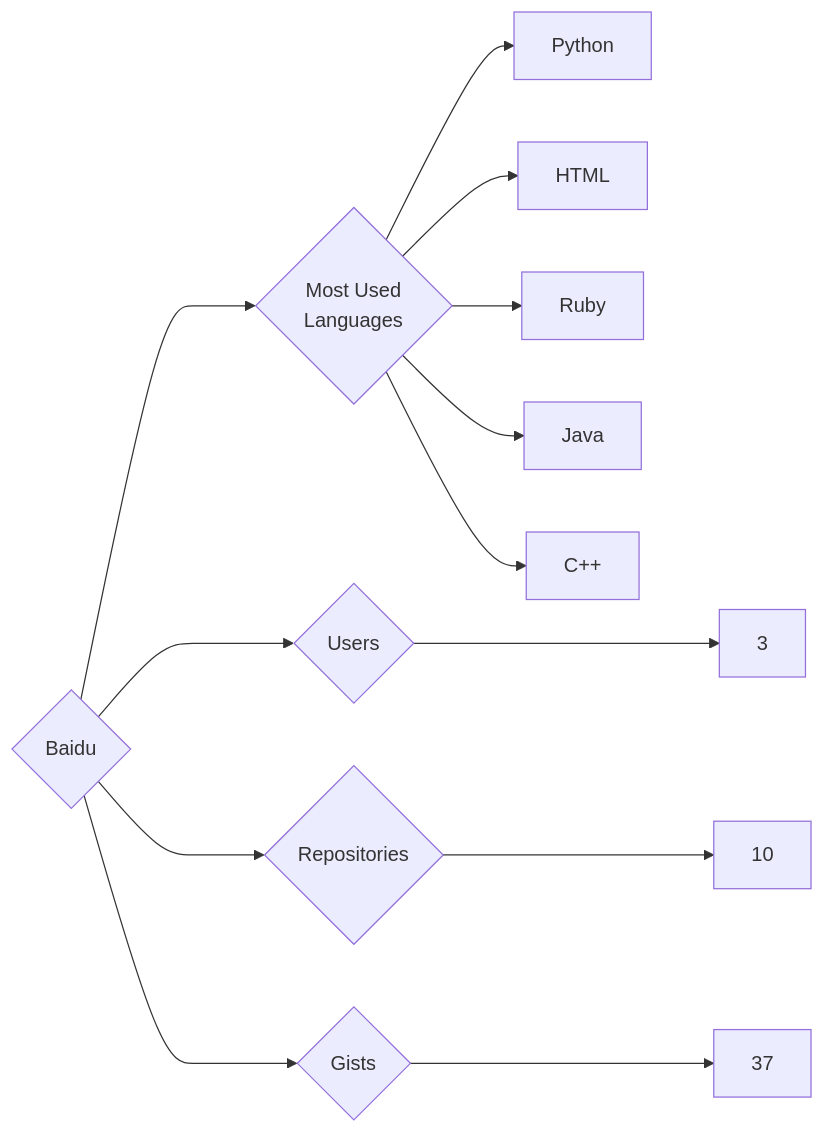
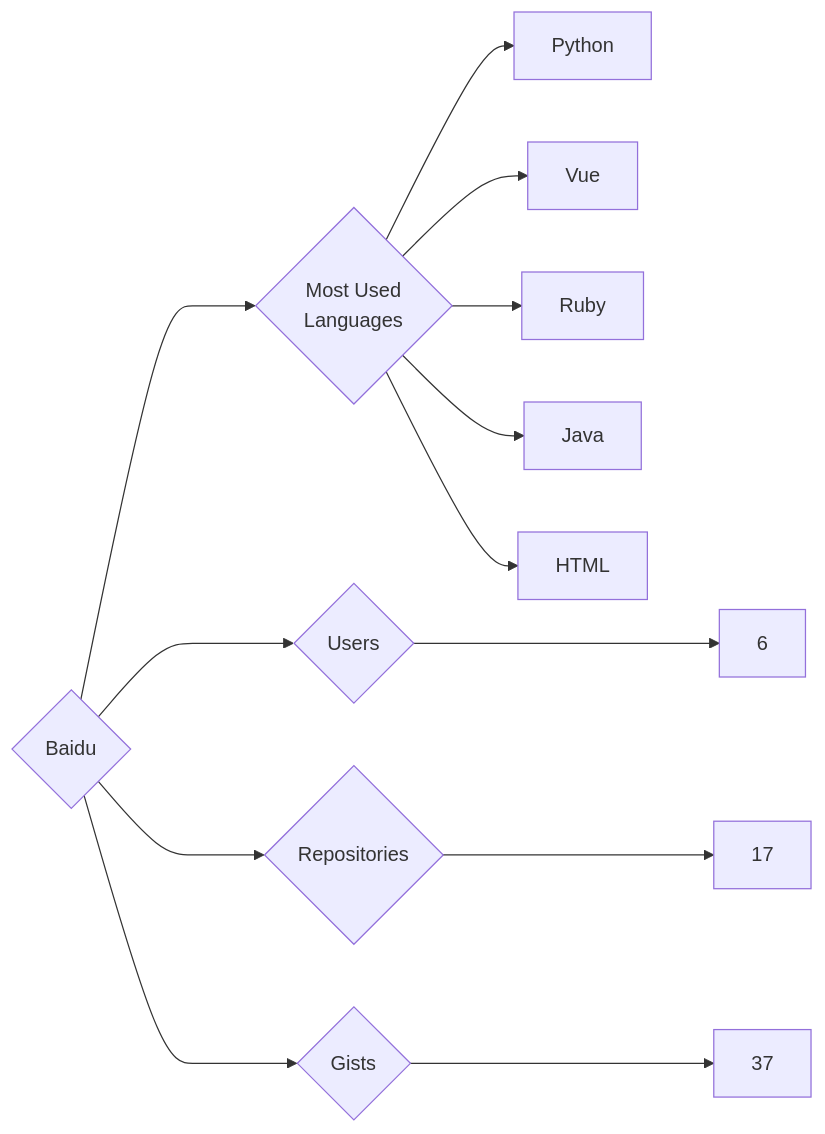
The diagram in targets/Baidu/README.md (trickest/insiders), drawn with Mermaid before and after one commit. The commit also changed 1036 other files, not shown here.

````diff
--- a/targets/Baidu/README.md
+++ b/targets/Baidu/README.md
@@ -3,13 +3,13 @@
 ```mermaid
 graph LR
 COMPANY_NAME{Baidu}
-COMPANY_NAME ---> U{Users} ---> UN[3]
-COMPANY_NAME ---> R{Repositories} ---> RN[10]
+COMPANY_NAME ---> U{Users} ---> UN[6]
+COMPANY_NAME ---> R{Repositories} ---> RN[17]
 COMPANY_NAME ---> G{Gists} ---> GN[37]
 COMPANY_NAME ---> ML{Most Used<br>Languages}
 ML --> Python[Python]
-ML --> HTML[HTML]
+ML --> Vue[Vue]
 ML --> Ruby[Ruby]
 ML --> Java[Java]
-ML --> C++[C++]
+ML --> HTML[HTML]
 ```
````
